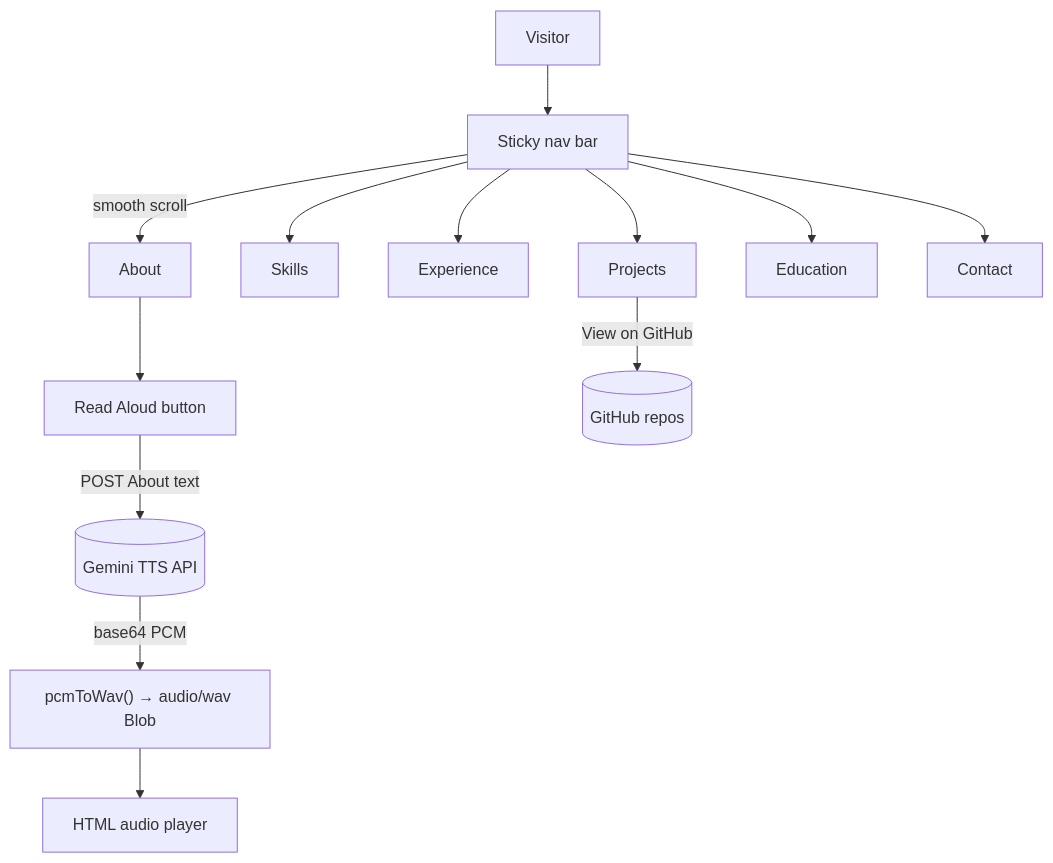
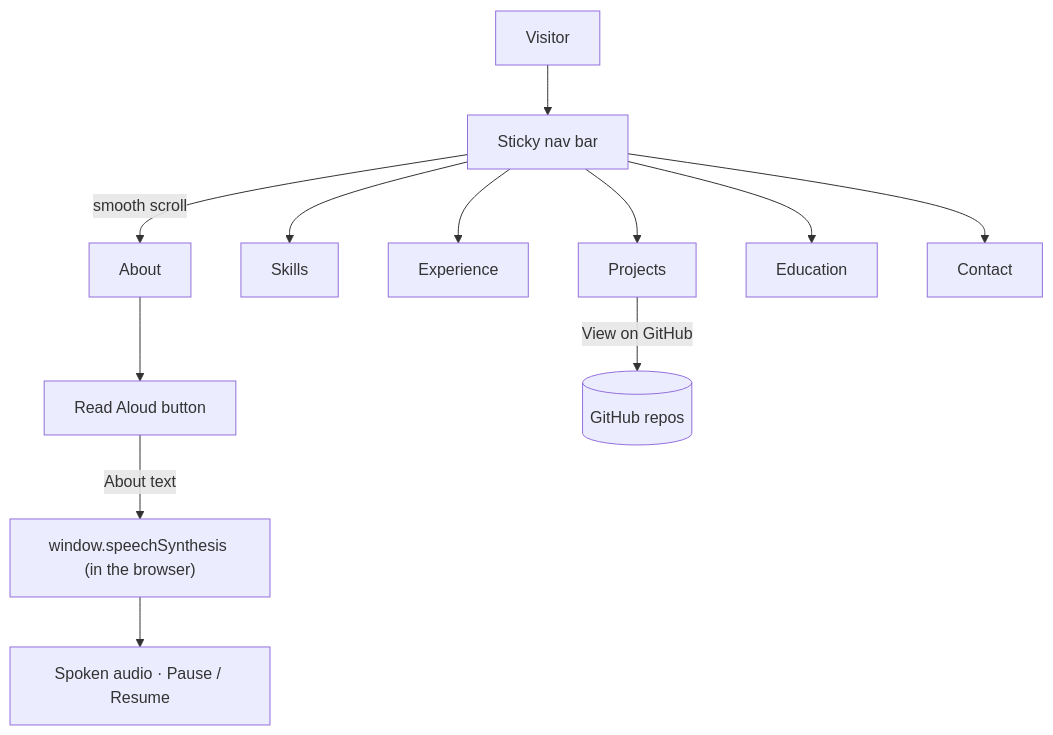
Before and after one commit to Gonugunta-Venkata-Jayanth/Portfolio: the diagram in README.md, drawn with Mermaid. The commit also changed other lines of this file, not shown here.

Commit message:
README: index.html, Web Speech Read Aloud, pinned icon CDNs, current GitHub links, Netlify linking steps

````diff
--- a/README.md
+++ b/README.md
@@ -40,15 +40,14 @@
 ```mermaid
 flowchart TD
     V["Visitor"] --> N["Sticky nav bar"]
     N -->|"smooth scroll"| A["About"]
     N --> S["Skills"]
     N --> E["Experience"]
     N --> P["Projects"]
     N --> ED["Education"]
     N --> C["Contact"]
     A --> T["Read Aloud button"]
-    T -->|"POST About text"| G[("Gemini TTS API")]
-    G -->|"base64 PCM"| W["pcmToWav() → audio/wav Blob"]
-    W --> AU["HTML audio player"]
+    T -->|"About text"| W["window.speechSynthesis (in the browser)"]
+    W --> AU["Spoken audio · Pause / Resume"]
     P -->|"View on GitHub"| GH[("GitHub repos")]
 ```
````
